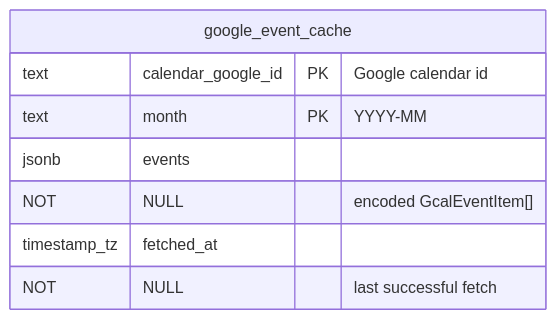
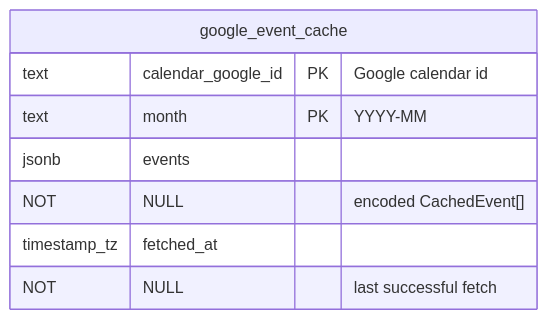
One commit to oncloudnintynineone-source/cloudy2 changed the second of 7 diagrams in docs/events-cache.md. Above: the diagram before and after it, drawn with Mermaid. The commit also changed other lines of this file and 22 other files, not shown here.

Commit message:
docs: sync mermaid diagrams with current code, fix diagram syntax errors

````diff
--- a/docs/events-cache.md
+++ b/docs/events-cache.md
@@ -144,9 +144,9 @@
 ```mermaid
 erDiagram
  google_event_cache {
  text calendar_google_id PK "Google calendar id"
  text month PK "YYYY-MM"
- jsonb events NOT NULL "encoded GcalEventItem[]"
+ jsonb events NOT NULL "encoded CachedEvent[]"
  timestamp_tz fetched_at NOT NULL "last successful fetch"
  }
 ```
````
